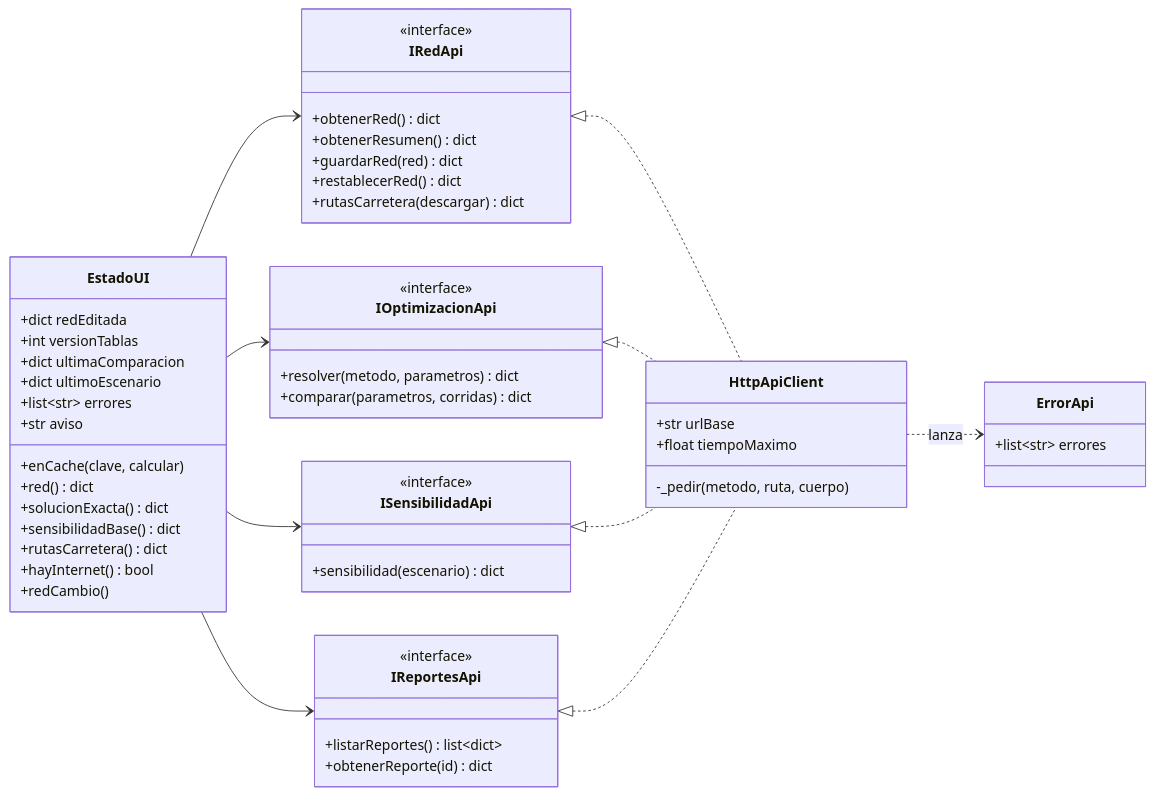
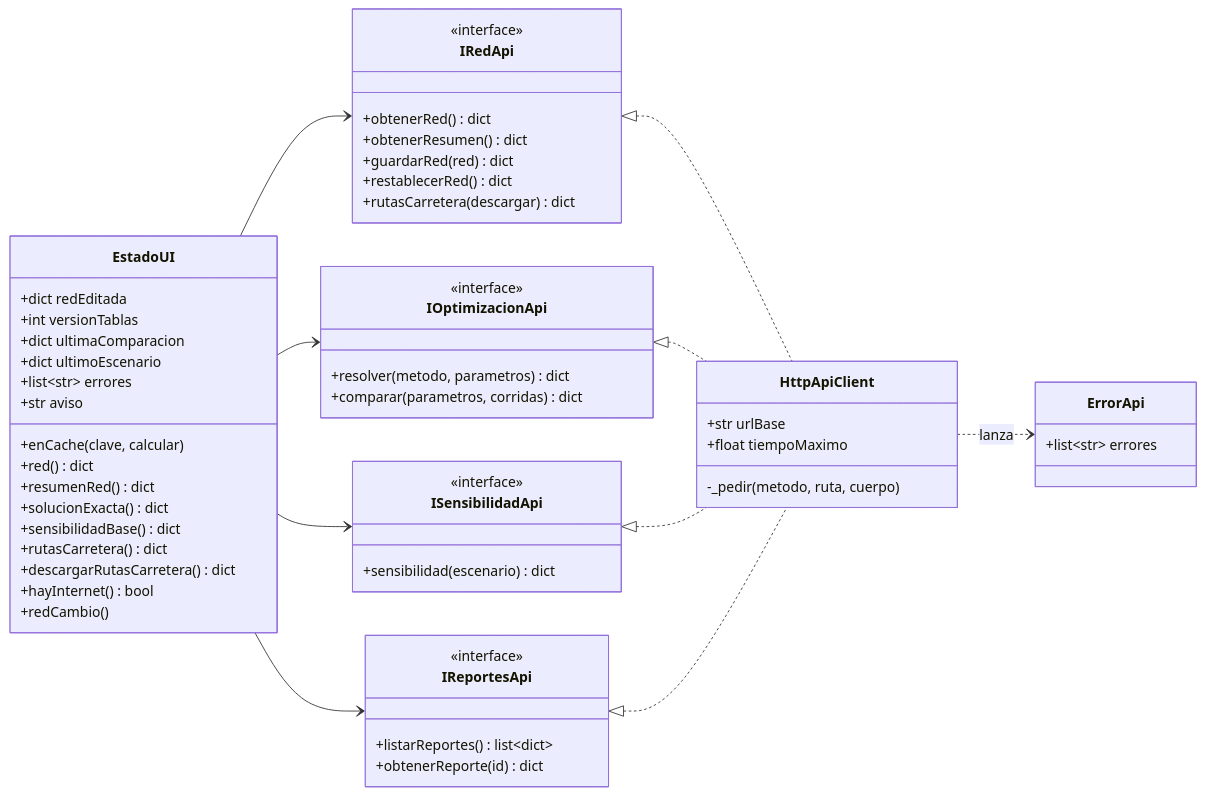
The diagram in docs/diagramas/Clases/clases6Presentacion.mmd (Eudamone/Proy-Optimizacion-Evolutics), drawn with Mermaid before and after one commit. The commit also changed 8 other files, not shown here.

Commit message:
informe y diagrama

```diff
--- a/docs/diagramas/Clases/clases6Presentacion.mmd
+++ b/docs/diagramas/Clases/clases6Presentacion.mmd
@@ -1,57 +1,59 @@
 %% Capa de presentación (Streamlit)
 classDiagram
   direction LR
   class ErrorApi {
     +list~str~ errores
   }
   class IRedApi {
     <<interface>>
     +obtenerRed() dict
     +obtenerResumen() dict
     +guardarRed(red) dict
     +restablecerRed() dict
     +rutasCarretera(descargar) dict
   }
   class IOptimizacionApi {
     <<interface>>
     +resolver(metodo, parametros) dict
     +comparar(parametros, corridas) dict
   }
   class ISensibilidadApi {
     <<interface>>
     +sensibilidad(escenario) dict
   }
   class IReportesApi {
     <<interface>>
     +listarReportes() list~dict~
     +obtenerReporte(id) dict
   }
   class HttpApiClient {
     +str urlBase
     +float tiempoMaximo
     -_pedir(metodo, ruta, cuerpo)
   }
   class EstadoUI {
     +dict redEditada
     +int versionTablas
     +dict ultimaComparacion
     +dict ultimoEscenario
     +list~str~ errores
     +str aviso
     +enCache(clave, calcular)
     +red() dict
+    +resumenRed() dict
     +solucionExacta() dict
     +sensibilidadBase() dict
     +rutasCarretera() dict
+    +descargarRutasCarretera() dict
     +hayInternet() bool
     +redCambio()
   }
   IRedApi <|.. HttpApiClient
   IOptimizacionApi <|.. HttpApiClient
   ISensibilidadApi <|.. HttpApiClient
   IReportesApi <|.. HttpApiClient
   HttpApiClient ..> ErrorApi : lanza
   EstadoUI --> IRedApi
   EstadoUI --> IOptimizacionApi
   EstadoUI --> ISensibilidadApi
   EstadoUI --> IReportesApi
```
